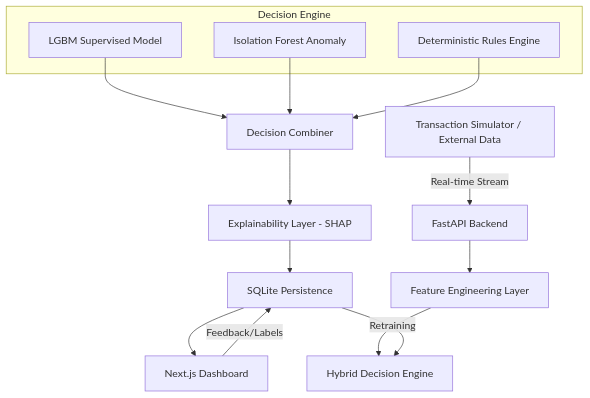
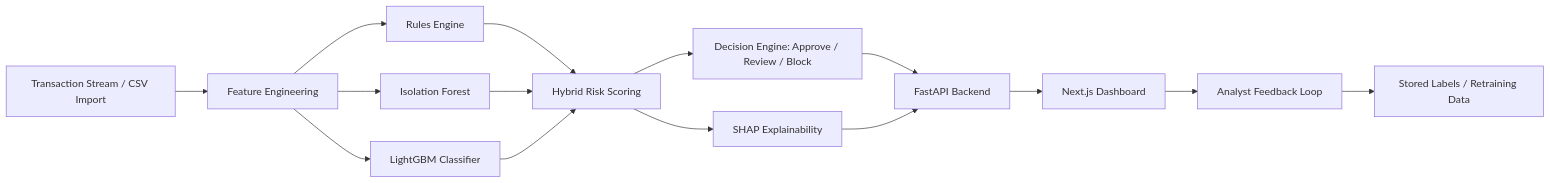
One commit to adityacs50-lab/Fraudprotect changed the diagram in README.md. Above: the diagram before and after it, drawn with Mermaid. The commit also changed other lines of this file and 5 other files, not shown here.

````diff
--- a/README.md
+++ b/README.md
@@ -9,20 +20,17 @@
 ```mermaid
-graph TD
-    A[Transaction Simulator / External Data] -->|Real-time Stream| B[FastAPI Backend]
-    B --> C[Feature Engineering Layer]
-    C --> D[Hybrid Decision Engine]
-    
-    subgraph Decision Engine
-        D1[LGBM Supervised Model]
-        D2[Isolation Forest Anomaly]
-        D3[Deterministic Rules Engine]
-    end
-    
-    D1 & D2 & D3 --> E[Decision Combiner]
-    E --> F[Explainability Layer - SHAP]
-    F --> G[SQLite Persistence]
-    G --> H[Next.js Dashboard]
-    
-    H -->|Feedback/Labels| G
-    G -->|Retraining| D
+flowchart LR
+    A[Transaction Stream / CSV Import] --> B[Feature Engineering]
+    B --> C[Rules Engine]
+    B --> D[Isolation Forest]
+    B --> E[LightGBM Classifier]
+    C --> F[Hybrid Risk Scoring]
+    D --> F
+    E --> F
+    F --> G[Decision Engine: Approve / Review / Block]
+    F --> H[SHAP Explainability]
+    G --> I[FastAPI Backend]
+    H --> I
+    I --> J[Next.js Dashboard]
+    J --> K[Analyst Feedback Loop]
+    K --> L[Stored Labels / Retraining Data]
 ```
````
